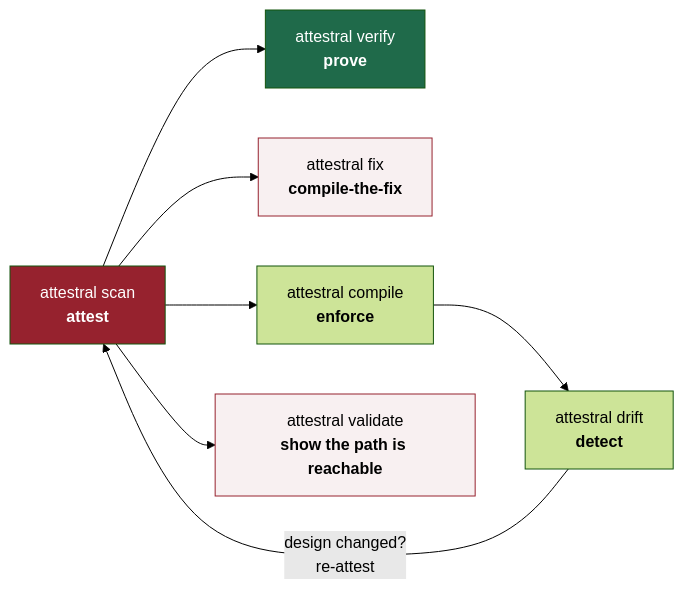
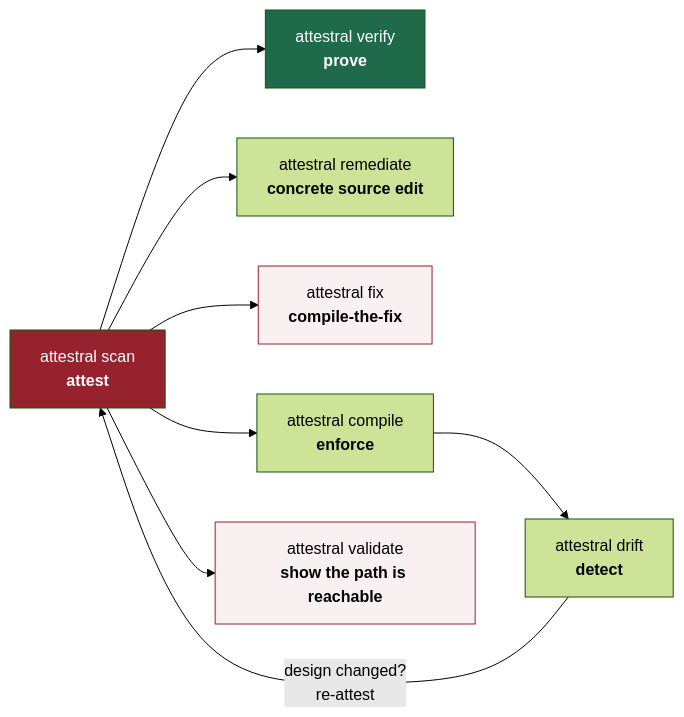
Before and after one commit to zeyadalsakhii/attestral: the second of 4 diagrams in README.md, drawn with Mermaid (forest theme). The commit also changed other lines of this file and 8 other files, not shown here.

First line of the commit message:
M9: attestral remediate — the concrete source edit that clears each finding

````diff
--- a/README.md
+++ b/README.md
@@ -238,13 +238,14 @@
 ```mermaid
 flowchart LR
     A["attestral scan<br/><b>attest</b>"] --> B["attestral verify<br/><b>prove</b>"]
+    A --> R["attestral remediate<br/><b>concrete source edit</b>"]
     A --> F["attestral fix<br/><b>compile-the-fix</b>"]
     A --> C["attestral compile<br/><b>enforce</b>"]
     C --> D["attestral drift<br/><b>detect</b>"]
     D -->|"design changed?<br/>re-attest"| A
     A --> V["attestral validate<br/><b>show the path is reachable</b>"]
     style A fill:#96222E,color:#fff
     style B fill:#1F6A4A,color:#fff
     style F fill:#96222E11,stroke:#96222E
     style V fill:#96222E11,stroke:#96222E
 ```
````
